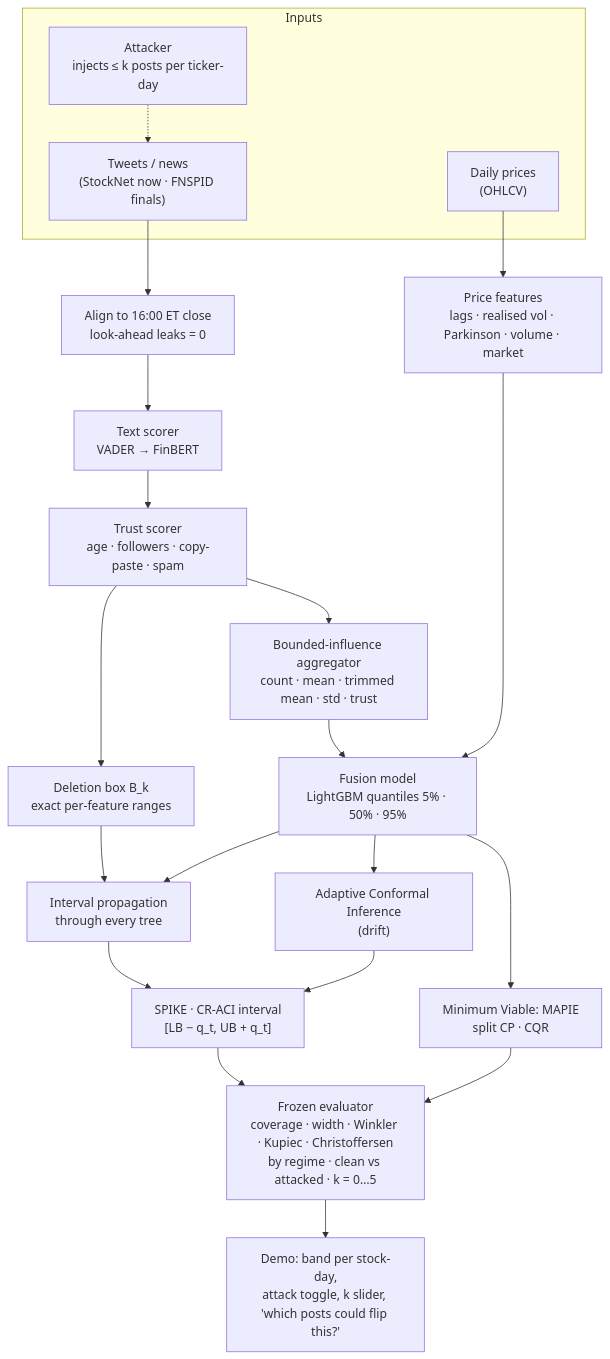
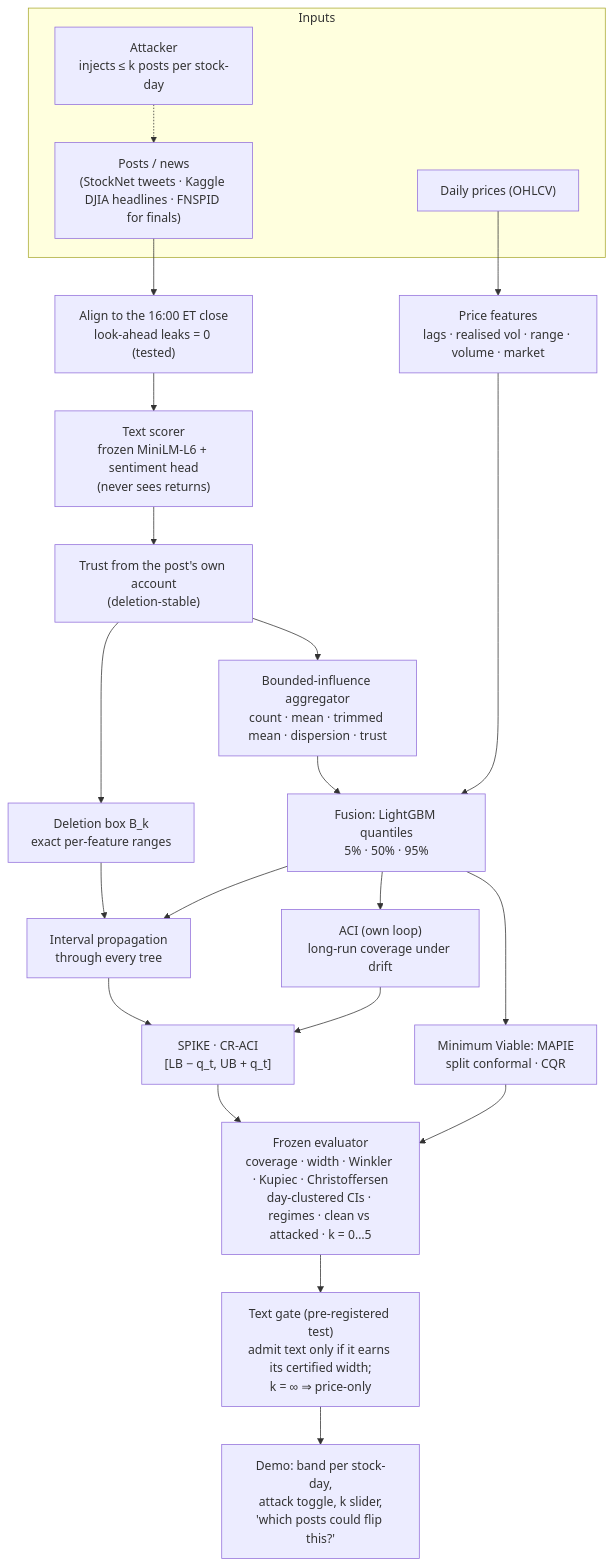
The diagram in perceptron-p10-trusted-text-signal/deliverables/architecture.md (imdigitalashish/techfest-2026), drawn with Mermaid before and after one commit. The commit also changed other lines of this file and 3 other files, not shown here.

Commit message:
perceptron-p10-trusted-text-signal: ADR 001 v1 update (antithesis done, reframing, text gate), components.md v1, final architecture diagram, landscape: verified Kaggle DJIA mirror + social-signal section

````diff
--- a/perceptron-p10-trusted-text-signal/deliverables/architecture.md
+++ b/perceptron-p10-trusted-text-signal/deliverables/architecture.md
@@ -3,26 +3,27 @@
 ```mermaid
 flowchart TB
   subgraph Inputs
-    T["Tweets / news<br/>(StockNet now · FNSPID finals)"]
-    P["Daily prices<br/>(OHLCV)"]
-    A["Attacker<br/>injects ≤ k posts per ticker-day"]
+    T["Posts / news<br/>(StockNet tweets · Kaggle DJIA headlines · FNSPID for finals)"]
+    P["Daily prices (OHLCV)"]
+    A["Attacker<br/>injects ≤ k posts per stock-day"]
   end
   A -.-> T
-  T --> AL["Align to 16:00 ET close<br/>look-ahead leaks = 0"]
-  AL --> SC["Text scorer<br/>VADER → FinBERT"]
-  SC --> TR["Trust scorer<br/>age · followers · copy-paste · spam"]
-  TR --> AG["Bounded-influence aggregator<br/>count · mean · trimmed mean · std · trust"]
-  P --> TS["Price features<br/>lags · realised vol · Parkinson · volume · market"]
-  AG --> FU["Fusion model<br/>LightGBM quantiles 5% · 50% · 95%"]
+  T --> AL["Align to the 16:00 ET close<br/>look-ahead leaks = 0 (tested)"]
+  AL --> SC["Text scorer<br/>frozen MiniLM-L6 + sentiment head<br/>(never sees returns)"]
+  SC --> TR["Trust from the post's own account<br/>(deletion-stable)"]
+  TR --> AG["Bounded-influence aggregator<br/>count · mean · trimmed mean · dispersion · trust"]
+  P --> TS["Price features<br/>lags · realised vol · range · volume · market"]
+  AG --> FU["Fusion: LightGBM quantiles<br/>5% · 50% · 95%"]
   TS --> FU
-  FU --> CP["Minimum Viable: MAPIE<br/>split CP · CQR"]
-  FU --> ACI["Adaptive Conformal Inference<br/>(drift)"]
+  FU --> CP["Minimum Viable: MAPIE<br/>split conformal · CQR"]
+  FU --> ACI["ACI (own loop)<br/>long-run coverage under drift"]
   TR --> BOX["Deletion box B_k<br/>exact per-feature ranges"]
   BOX --> PROP["Interval propagation<br/>through every tree"]
   FU --> PROP
-  PROP --> CR["SPIKE · CR-ACI interval<br/>[LB − q_t, UB + q_t]"]
+  PROP --> CR["SPIKE · CR-ACI<br/>[LB − q_t, UB + q_t]"]
   ACI --> CR
   CP --> EV
-  CR --> EV["Frozen evaluator<br/>coverage · width · Winkler · Kupiec · Christoffersen<br/>by regime · clean vs attacked · k = 0…5"]
-  EV --> UI["Demo: band per stock-day,<br/>attack toggle, k slider, 'which posts could flip this?'"]
+  CR --> EV["Frozen evaluator<br/>coverage · width · Winkler · Kupiec · Christoffersen<br/>day-clustered CIs · regimes · clean vs attacked · k = 0…5"]
+  EV --> GATE["Text gate (pre-registered test)<br/>admit text only if it earns its certified width;<br/>k = ∞ ⇒ price-only"]
+  GATE --> UI["Demo: band per stock-day,<br/>attack toggle, k slider,<br/>'which posts could flip this?'"]
 ```
````
